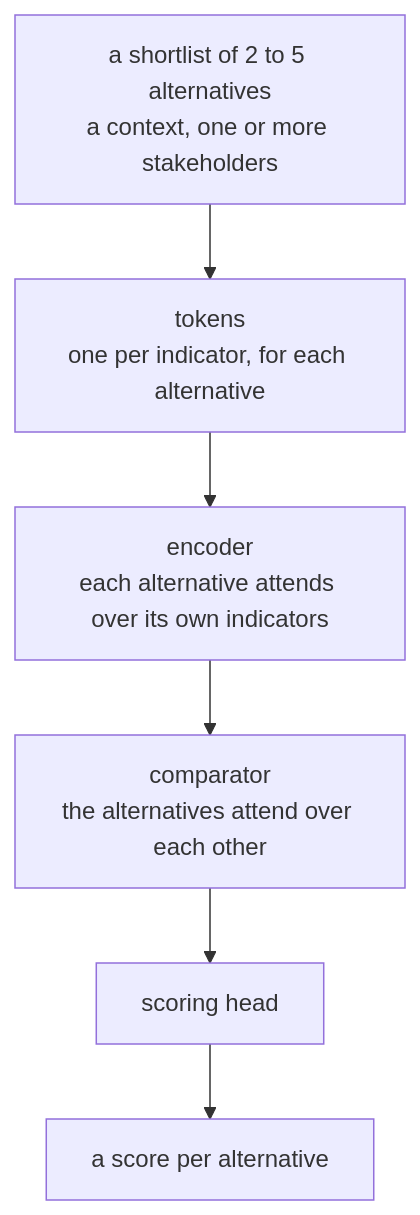
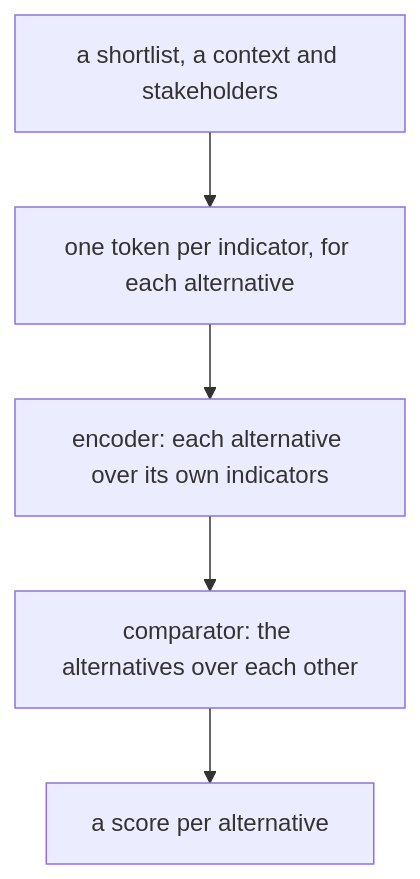
One commit to eirasroger/context-adaptive-product-recommender changed the diagram in README.md. Above: the diagram before and after it, drawn with Mermaid. The commit also changed other lines of this file and 4 other files, not shown here.

````diff
--- a/README.md
+++ b/README.md
@@ -100,10 +30,9 @@
 ```mermaid
 flowchart TD
-  IN["a shortlist of 2 to 5 alternatives<br/>a context, one or more stakeholders"]
-  TOK["tokens<br/>one per indicator, for each alternative"]
-  ENC["encoder<br/>each alternative attends over its own indicators"]
-  CMP["comparator<br/>the alternatives attend over each other"]
-  HEAD["scoring head"]
+  IN["a shortlist, a context and stakeholders"]
+  TOK["one token per indicator, for each alternative"]
+  ENC["encoder: each alternative over its own indicators"]
+  CMP["comparator: the alternatives over each other"]
   OUT["a score per alternative"]
-  IN --> TOK --> ENC --> CMP --> HEAD --> OUT
+  IN --> TOK --> ENC --> CMP --> OUT
 ```
````
